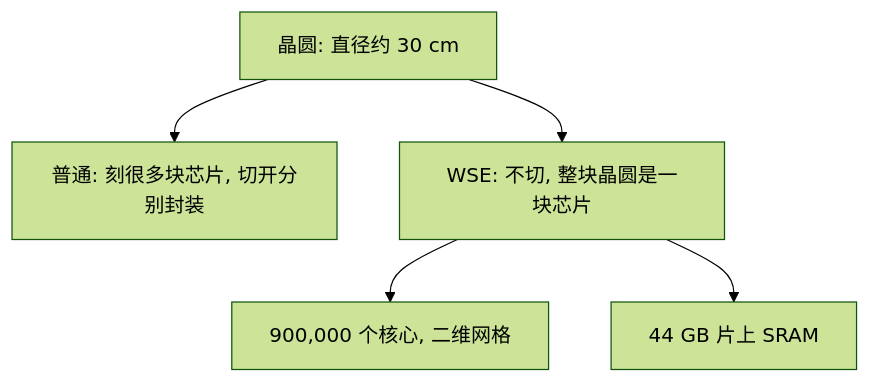
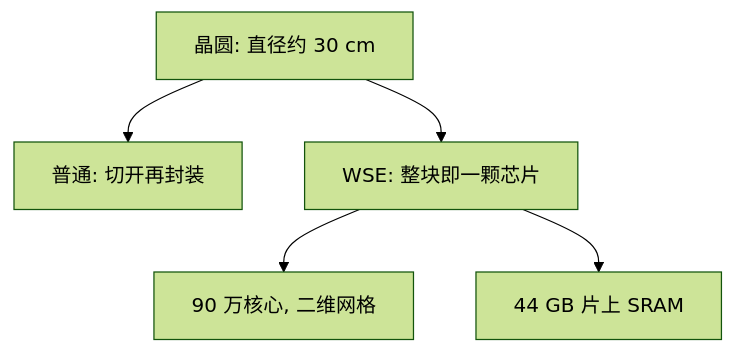
One commit to ChiChasesCheese/trellis changed the diagram in vault/interviews/companies/cerebras/deck/cards/company/cbr-company-wse3.md. Above: the diagram before and after it, drawn with Mermaid (forest theme). The commit also changed 27 other files, not shown here.

First line of the commit message:
Cerebras HM prep: phone-sized diagrams and two corrected facts in the 100 cards for the hiring-manager round

````diff
--- a/vault/interviews/companies/cerebras/deck/cards/company/cbr-company-wse3.md
+++ b/vault/interviews/companies/cerebras/deck/cards/company/cbr-company-wse3.md
@@ -14,7 +14,7 @@
 ```mermaid
 flowchart TD
-    W["晶圆: 直径约 30 cm"] --> N["普通: 刻很多块芯片, 切开分别封装"]
-    W --> C["WSE: 不切, 整块晶圆是一块芯片"]
-    C --> K["900,000 个核心, 二维网格"]
+    W["晶圆: 直径约 30 cm"] --> N["普通: 切开再封装"]
+    W --> C["WSE: 整块即一颗芯片"]
+    C --> K["90 万核心, 二维网格"]
     C --> S["44 GB 片上 SRAM"]
 ```
````
